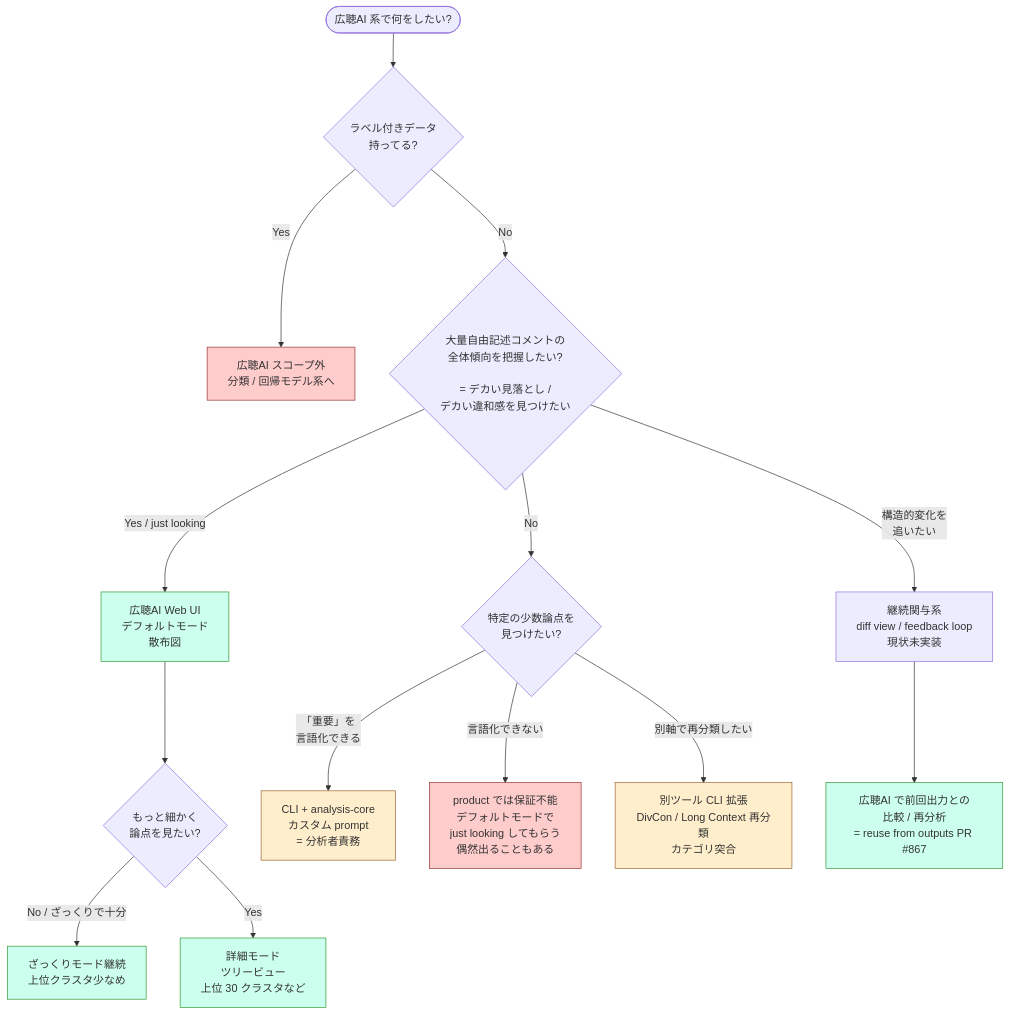
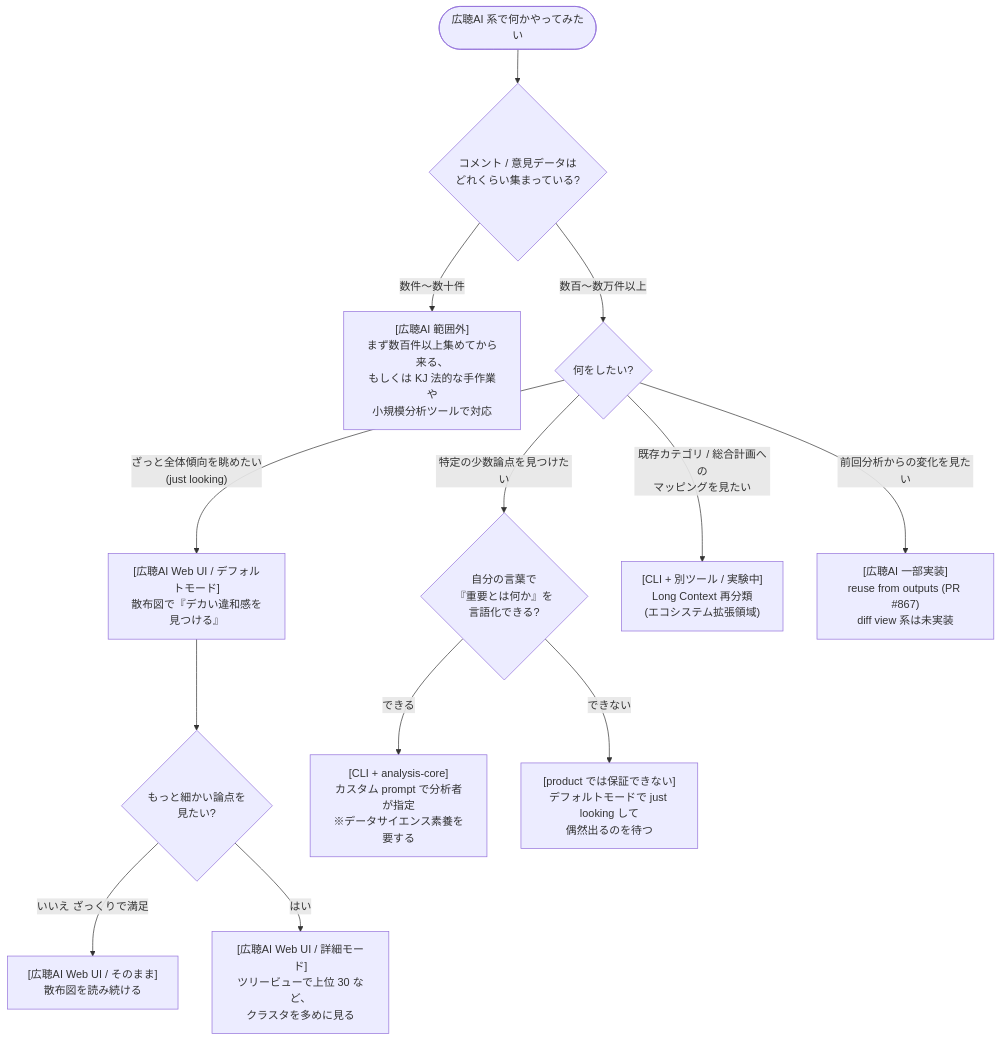
One commit to nishio/kouchou-ai-developer-wiki changed the first of 2 diagrams in wiki/analyses/decision-flowchart-prototype-2026-05-30.md. Above: the diagram before and after it, drawn with Mermaid. The commit also changed other lines of this file and 5 other files, not shown here.

First line of the commit message:
wiki: decision-flowchart 試作を team feedback で v2 へ修正

````diff
--- a/wiki/analyses/decision-flowchart-prototype-2026-05-30.md
+++ b/wiki/analyses/decision-flowchart-prototype-2026-05-30.md
@@ -20,23 +27,15 @@
 ```mermaid
 graph TD
-    Start([広聴AI 系で何をしたい?]) --> A{ラベル付きデータ<br/>持ってる?}
-    A -- Yes --> X[広聴AI スコープ外<br/>分類 / 回帰モデル系へ]
-    A -- No --> B{大量自由記述コメントの<br/>全体傾向を把握したい?<br/><br/>= デカい見落とし /<br/>デカい違和感を見つけたい}
-    B -- Yes / just looking --> C[広聴AI Web UI<br/>デフォルトモード<br/>散布図]
-    C --> D{もっと細かく<br/>論点を見たい?}
-    D -- No / ざっくりで十分 --> F[ざっくりモード継続<br/>上位クラスタ少なめ]
-    D -- Yes --> E[詳細モード<br/>ツリービュー<br/>上位 30 クラスタなど]
-    B -- No --> G{特定の少数論点を<br/>見つけたい?}
-    G -- 「重要」を<br/>言語化できる --> H[CLI + analysis-core<br/>カスタム prompt<br/>= 分析者責務]
-    G -- 言語化できない --> I[product では保証不能<br/>デフォルトモードで<br/>just looking してもらう<br/>偶然出ることもある]
-    B -- 構造的変化を<br/>追いたい --> J[継続関与系<br/>diff view / feedback loop<br/>現状未実装]
-    J --> K[広聴AI で前回出力との<br/>比較 / 再分析<br/>= reuse from outputs PR #867]
-    G -- 別軸で再分類したい --> L[別ツール CLI 拡張<br/>DivCon / Long Context 再分類<br/>カテゴリ突合]
-
-    classDef product fill:#cfe,stroke:#393
-    classDef oosp fill:#fcc,stroke:#933
-    classDef cli fill:#fec,stroke:#963
-    class C,E,F,K product
-    class X,I oosp
-    class H,L cli
+    Start([広聴AI 系で何かやってみたい]) --> A{コメント / 意見データは<br/>どれくらい集まっている?}
+    A -- 数件〜数十件 --> A1["[広聴AI 範囲外]<br/>まず数百件以上集めてから来る、<br/>もしくは KJ 法的な手作業や<br/>小規模分析ツールで対応"]
+    A -- 数百〜数万件以上 --> B{何をしたい?}
+    B -- ざっと全体傾向を眺めたい<br/>(just looking) --> C["[広聴AI Web UI / デフォルトモード]<br/>散布図で『デカい違和感を見つける』"]
+    C --> D{もっと細かい論点を<br/>見たい?}
+    D -- いいえ ざっくりで満足 --> F["[広聴AI Web UI / そのまま]<br/>散布図を読み続ける"]
+    D -- はい --> E["[広聴AI Web UI / 詳細モード]<br/>ツリービューで上位 30 など、<br/>クラスタを多めに見る"]
+    B -- 特定の少数論点を見つけたい --> G{自分の言葉で<br/>『重要とは何か』を<br/>言語化できる?}
+    G -- できる --> H["[CLI + analysis-core]<br/>カスタム prompt で分析者が指定<br/>※データサイエンス素養を要する"]
+    G -- できない --> I["[product では保証できない]<br/>デフォルトモードで just looking して<br/>偶然出るのを待つ"]
+    B -- 既存カテゴリ / 総合計画への<br/>マッピングを見たい --> J["[CLI + 別ツール / 実験中]<br/>Long Context 再分類<br/>(エコシステム拡張領域)"]
+    B -- 前回分析からの変化を見たい --> K["[広聴AI 一部実装]<br/>reuse from outputs (PR #867)<br/>diff view 系は未実装"]
 ```
````
